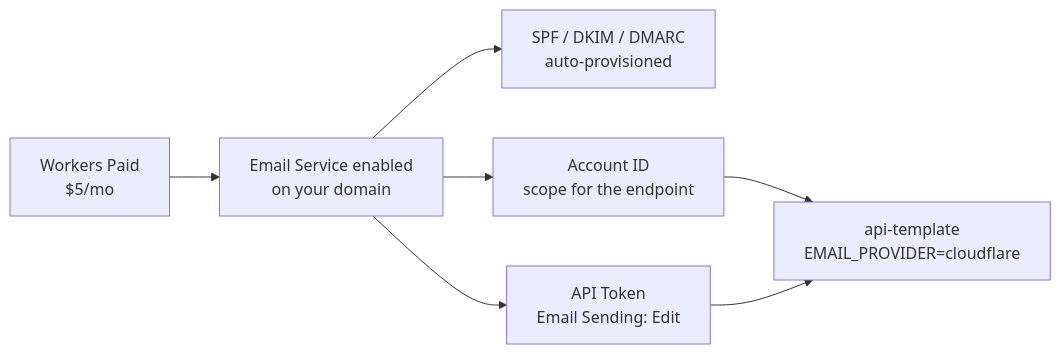
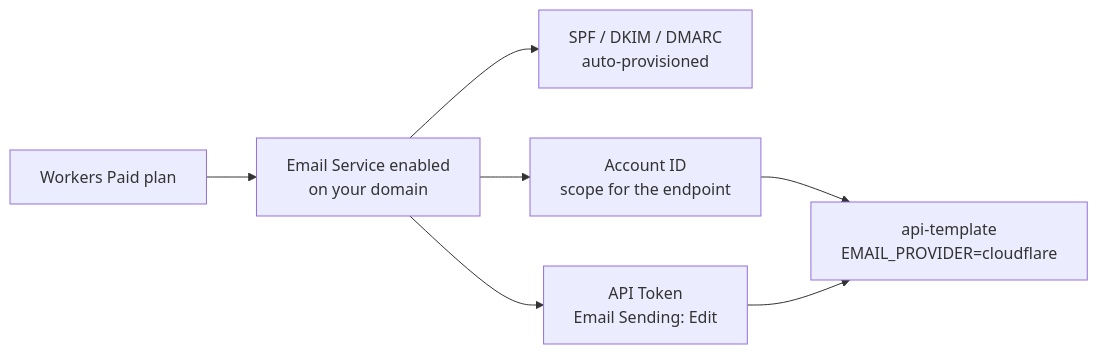
The diagram in src/content/docs/runbooks/cloudflare-email-setup.mdx (AI-Starter-Templates/.github), drawn with Mermaid before and after one commit. The commit also changed other lines of this file and 13 other files, not shown here.

````diff
--- a/src/content/docs/runbooks/cloudflare-email-setup.mdx
+++ b/src/content/docs/runbooks/cloudflare-email-setup.mdx
@@ -20,12 +20,12 @@
 ```mermaid
 flowchart LR
-  paid["Workers Paid<br/>$5/mo"]
+  paid["Workers Paid plan"]
   domain["Email Service enabled<br/>on your domain"]
   dns["SPF / DKIM / DMARC<br/>auto-provisioned"]
   acct["Account ID<br/>scope for the endpoint"]
   token["API Token<br/>Email Sending: Edit"]
   api["api-template<br/>EMAIL_PROVIDER=cloudflare"]
   paid --> domain --> dns
   domain --> acct --> api
   domain --> token --> api
 ```
````
